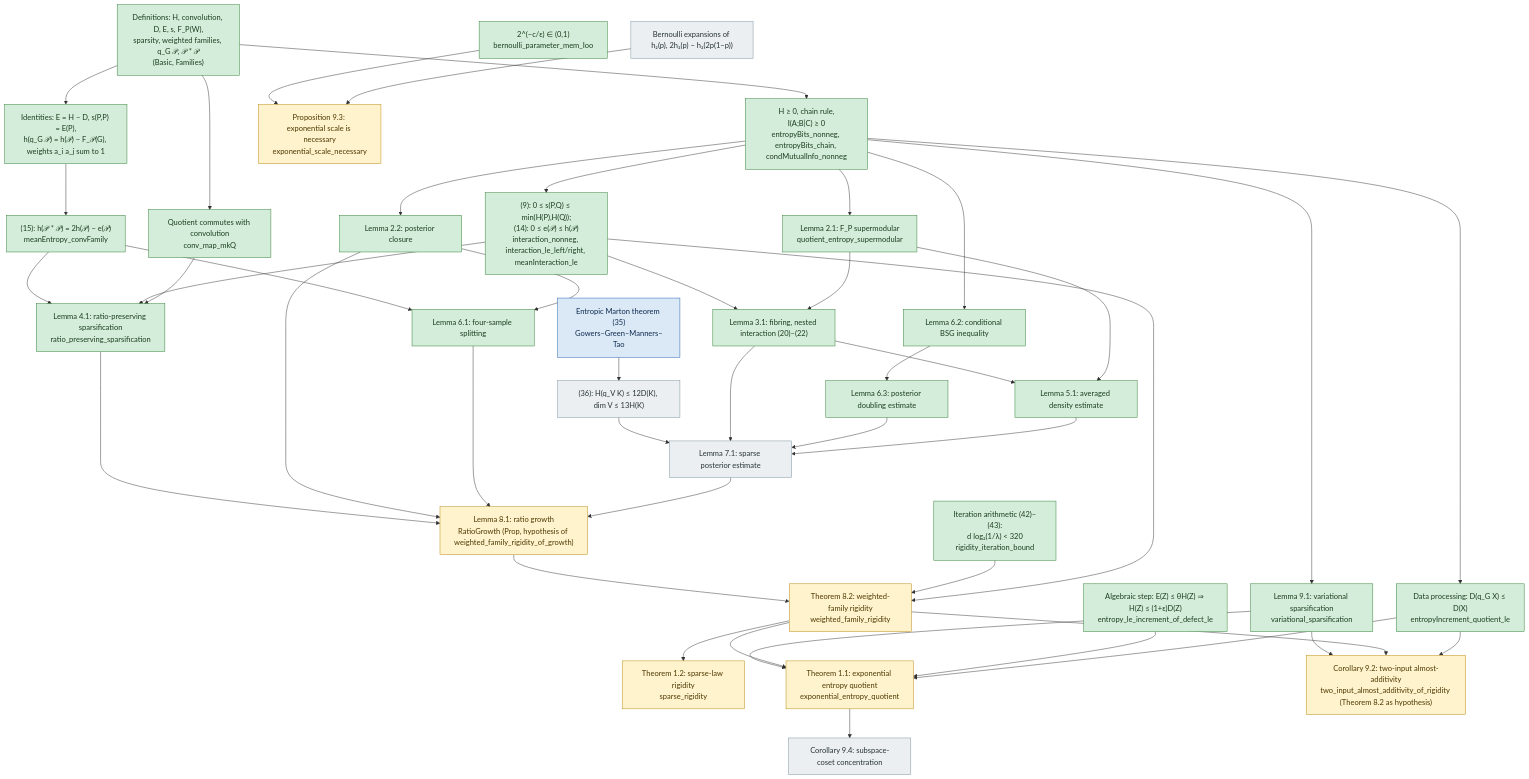
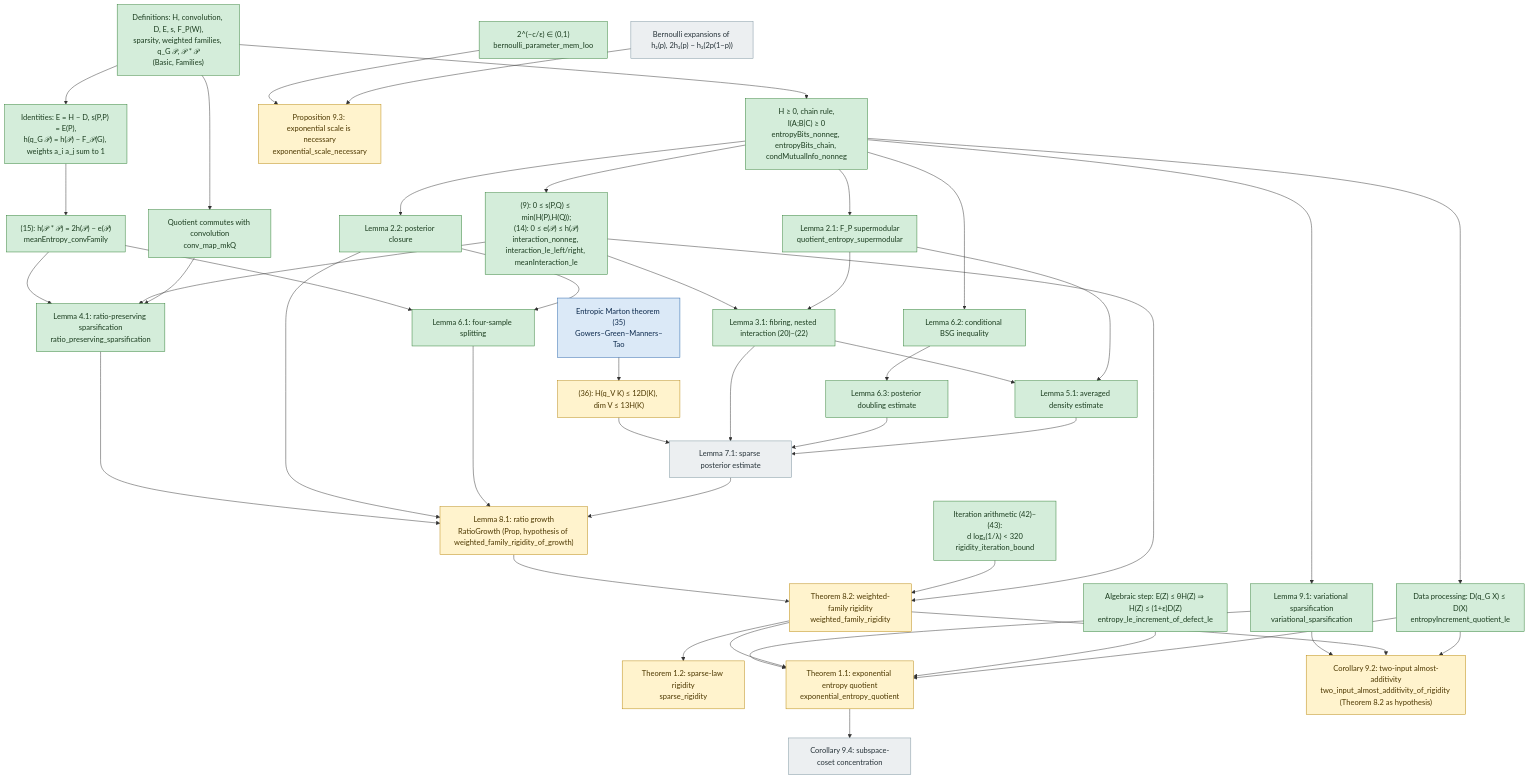
One commit to JosiahPark/entropy-quotients-lean changed the diagram in docs/DEPENDENCIES.md. Above: the diagram before and after it, drawn with Mermaid.

Commit message:
formalize: D7a mark E36 stated in DEPENDENCIES.md

```diff
--- a/docs/DEPENDENCIES.md
+++ b/docs/DEPENDENCIES.md
@@ -41,7 +41,7 @@
   L62["Lemma 6.2: conditional BSG inequality"]:::proved
   L63["Lemma 6.3: posterior doubling estimate"]:::proved
   MAR["Entropic Marton theorem (35)<br/>Gowers–Green–Manners–Tao"]:::external
-  E36["(36): H(q_V K) ≤ 12D(K), dim V ≤ 13H(K)"]:::missing
+  E36["(36): H(q_V K) ≤ 12D(K), dim V ≤ 13H(K)"]:::stated
   L71["Lemma 7.1: sparse posterior estimate"]:::missing
 
   %% Section 8
```
